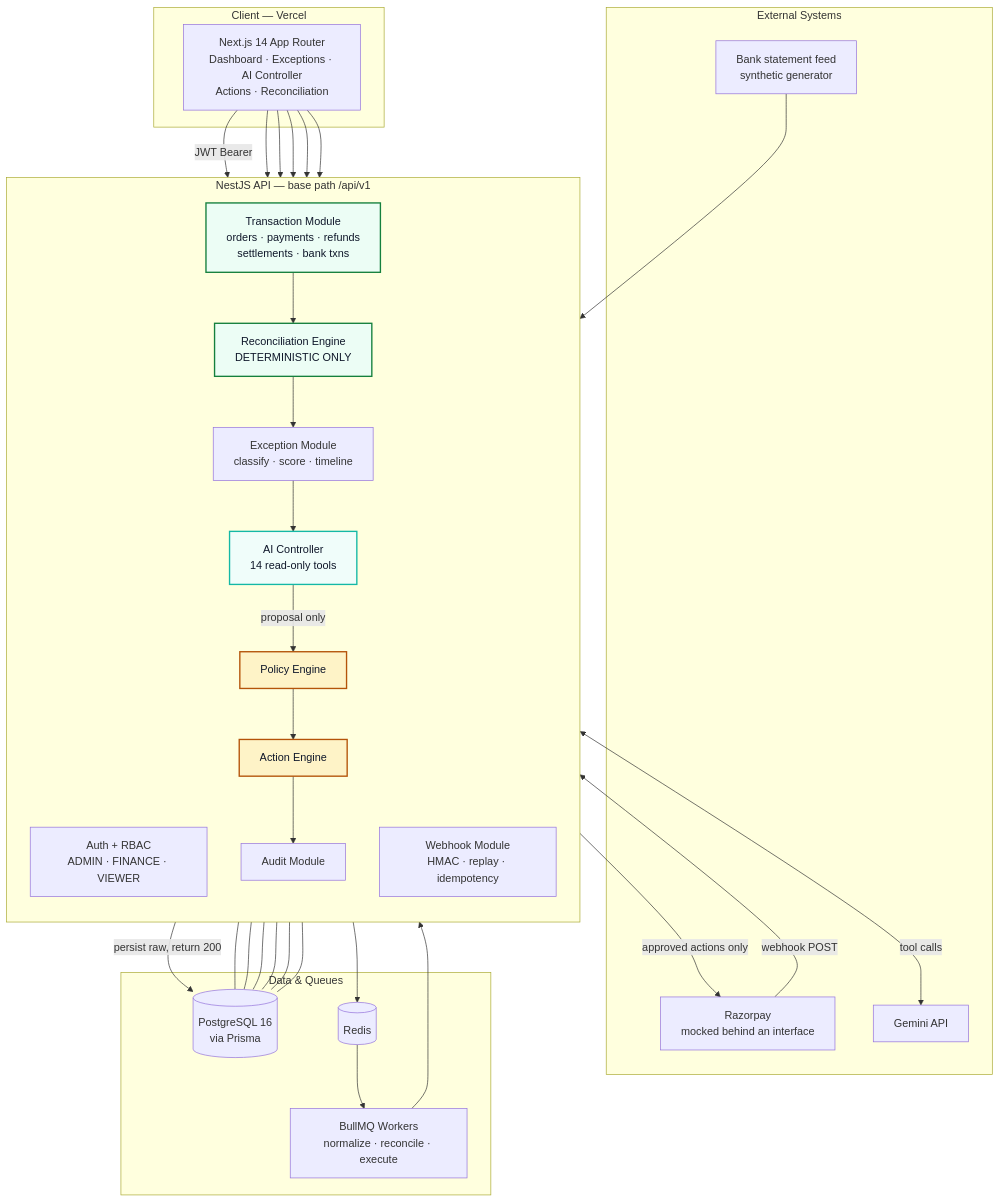
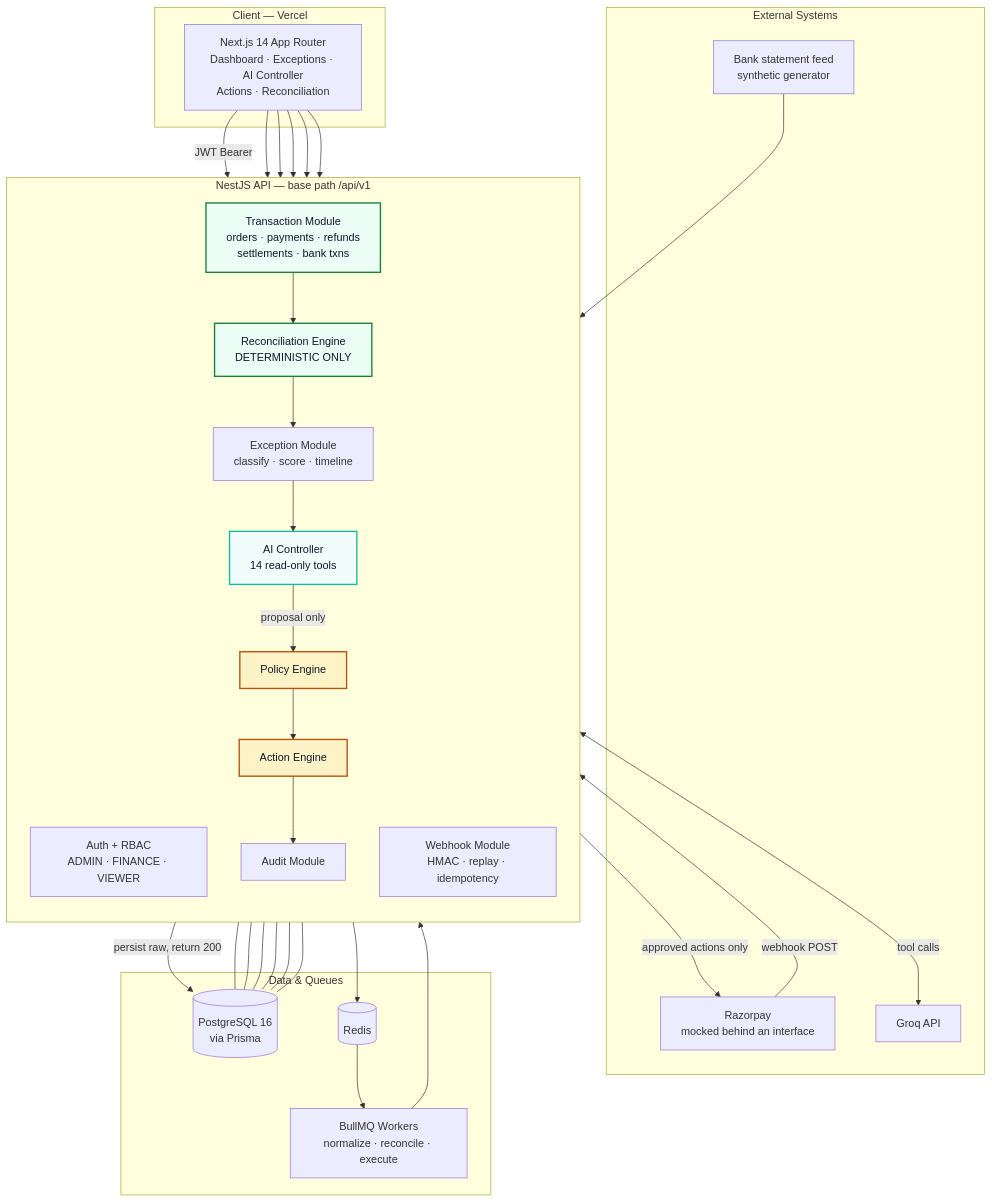
One commit to sudhanshukumar03/ledgerMind changed the first of 2 diagrams in README.md. Above: the diagram before and after it, drawn with Mermaid. The commit also changed other lines of this file and 17 other files, not shown here.

Commit message:
Migrate from Gemini to Groq API

````diff
--- a/README.md
+++ b/README.md
@@ -140,68 +140,68 @@
 ```mermaid
 flowchart TB
     subgraph ext["External Systems"]
         RZP["Razorpay<br/>mocked behind an interface"]
         BANKFEED["Bank statement feed<br/>synthetic generator"]
-        LLM["Gemini API"]
+        LLM["Groq API"]
     end
 
     subgraph client["Client — Vercel"]
         WEB["Next.js 14 App Router<br/>Dashboard · Exceptions · AI Controller<br/>Actions · Reconciliation"]
     end
 
     subgraph apiL["NestJS API — base path /api/v1"]
         direction TB
         AUTH["Auth + RBAC<br/>ADMIN · FINANCE · VIEWER"]
         WH["Webhook Module<br/>HMAC · replay · idempotency"]
         TXN["Transaction Module<br/>orders · payments · refunds<br/>settlements · bank txns"]
         RECON["Reconciliation Engine<br/>DETERMINISTIC ONLY"]
         EXC["Exception Module<br/>classify · score · timeline"]
         AI["AI Controller<br/>14 read-only tools"]
         POL["Policy Engine"]
         ACT["Action Engine"]
         AUD["Audit Module"]
     end
 
     subgraph data["Data & Queues"]
         PG[("PostgreSQL 16<br/>via Prisma")]
         REDIS[("Redis")]
         WORKER["BullMQ Workers<br/>normalize · reconcile · execute"]
     end
 
     WEB -->|"JWT Bearer"| AUTH
     WEB --> TXN
     WEB --> EXC
     WEB --> AI
     WEB --> ACT
     WEB --> RECON
 
     RZP -->|"webhook POST"| WH
     BANKFEED --> TXN
     AI <-->|"tool calls"| LLM
 
     WH -->|"persist raw, return 200"| PG
     WH --> REDIS
     REDIS --> WORKER
     WORKER --> TXN
     TXN --> RECON
     RECON --> EXC
     EXC --> AI
     AI -->|"proposal only"| POL
     POL --> ACT
     ACT -->|"approved actions only"| RZP
     ACT --> AUD
 
     AUTH --- PG
     TXN --- PG
     RECON --- PG
     EXC --- PG
     ACT --- PG
     AUD --- PG
 
     classDef det fill:#ECFDF5,stroke:#15803D,stroke-width:2px,color:#0F172A
     classDef ai fill:#F0FDFA,stroke:#14B8A6,stroke-width:2px,color:#0F172A
     classDef gate fill:#FEF3C7,stroke:#B45309,stroke-width:2px,color:#0F172A
     class RECON,TXN det
     class AI ai
     class POL,ACT gate
 ```
````
